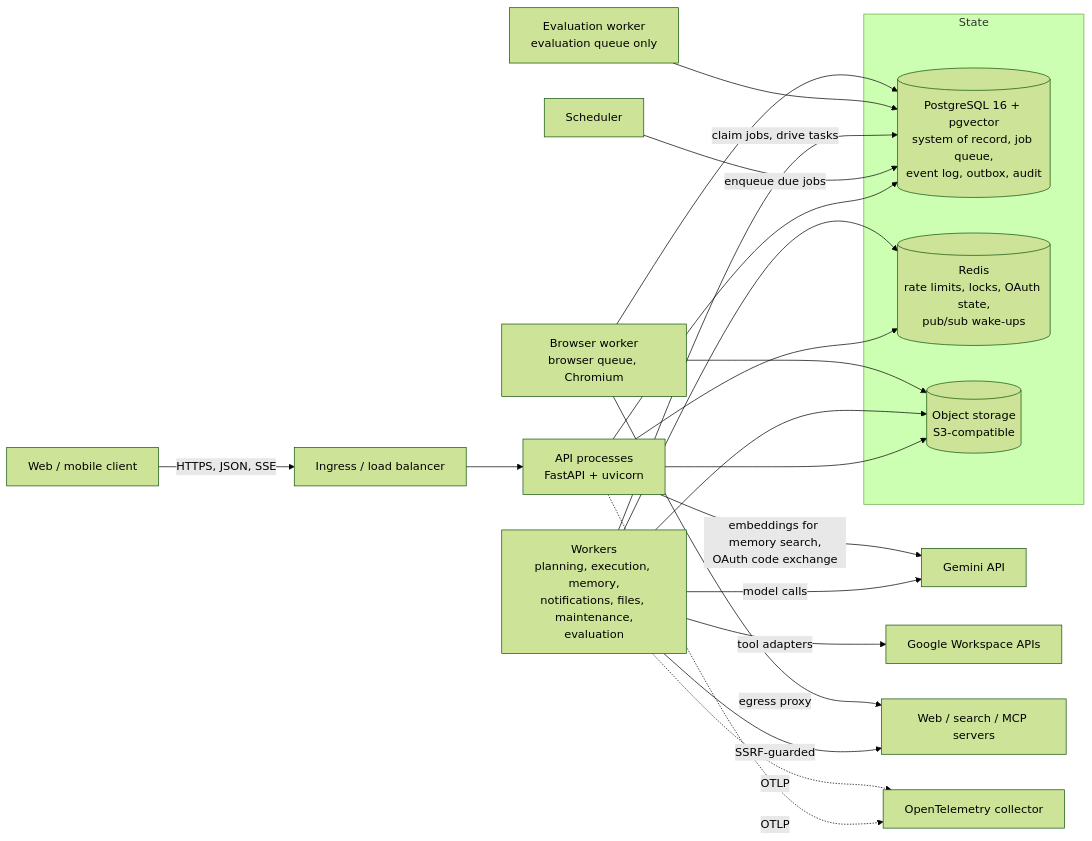
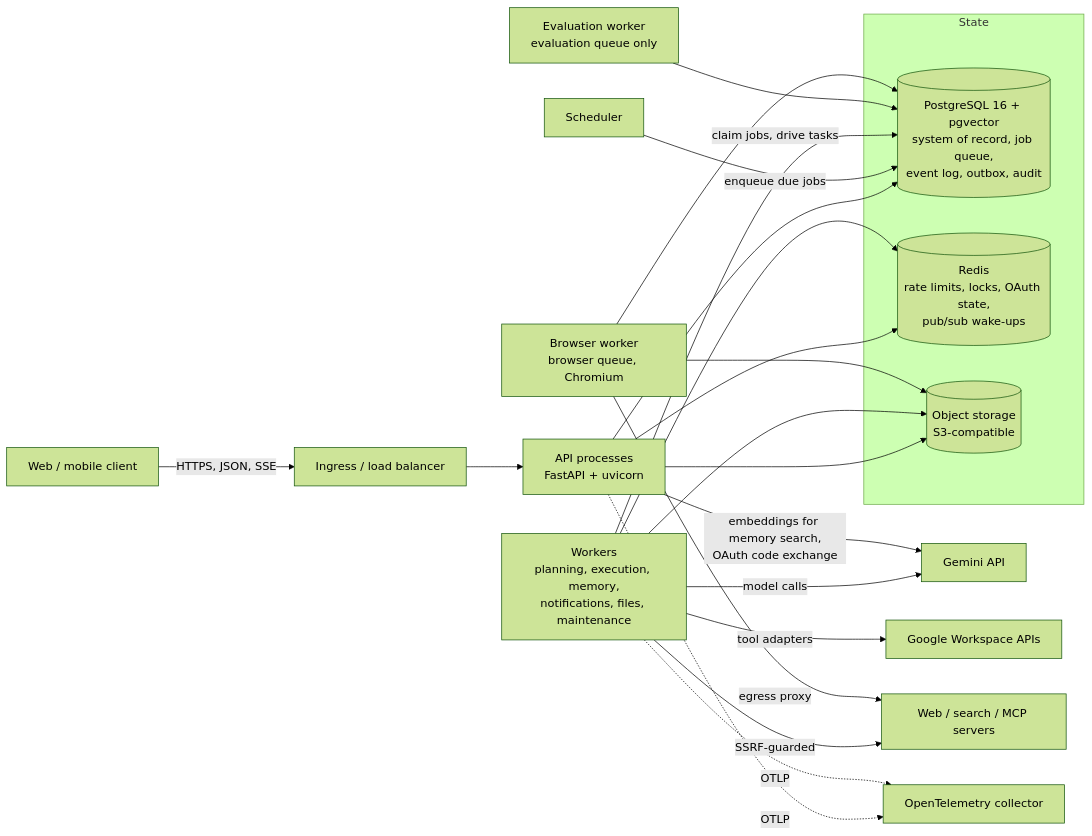
The first of 4 diagrams in backend/docs/architecture.md (raitulh/Adaptive-Counterfactual-Browser-Evolution), drawn with Mermaid (forest theme) before and after one commit. The commit also changed other lines of this file and 17 other files, not shown here.

````diff
--- a/backend/docs/architecture.md
+++ b/backend/docs/architecture.md
@@ -16,32 +16,32 @@
 ```mermaid
 flowchart LR
     client[Web / mobile client] -->|HTTPS, JSON, SSE| ingress[Ingress / load balancer]
     ingress --> api[API processes<br/>FastAPI + uvicorn]
 
     subgraph data[State]
         pg[(PostgreSQL 16 + pgvector<br/>system of record, job queue,<br/>event log, outbox, audit)]
         redis[(Redis<br/>rate limits, locks, OAuth state,<br/>pub/sub wake-ups)]
         obj[(Object storage<br/>S3-compatible)]
     end
 
     api --> pg
     api --> redis
     api --> obj
 
     scheduler[Scheduler] -->|enqueue due jobs| pg
-    worker[Workers<br/>planning, execution, memory,<br/>notifications, files, maintenance,<br/>evaluation] -->|claim jobs, drive tasks| pg
+    worker[Workers<br/>planning, execution, memory,<br/>notifications, files, maintenance] -->|claim jobs, drive tasks| pg
     worker --> redis
     worker --> obj
     evalw[Evaluation worker<br/>evaluation queue only] --> pg
     browser[Browser worker<br/>browser queue, Chromium] --> pg
     browser --> obj
 
     worker -->|model calls| gemini[Gemini API]
     api -->|embeddings for memory search,<br/>OAuth code exchange| gemini
     worker -->|tool adapters| google[Google Workspace APIs]
     worker -->|SSRF-guarded| web[Web / search / MCP servers]
     browser -->|egress proxy| web
 
     api -.OTLP.-> otel[OpenTelemetry collector]
     worker -.OTLP.-> otel
 ```
````
